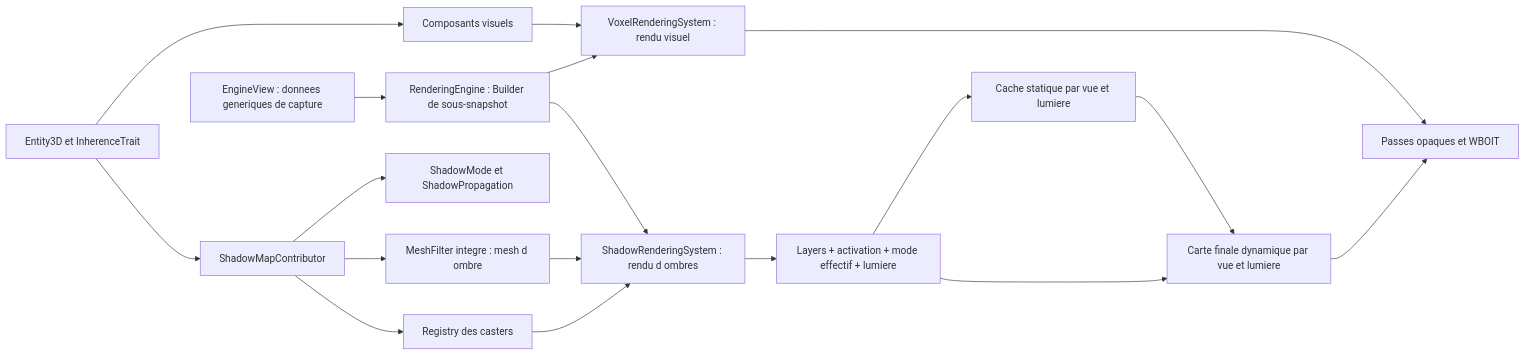
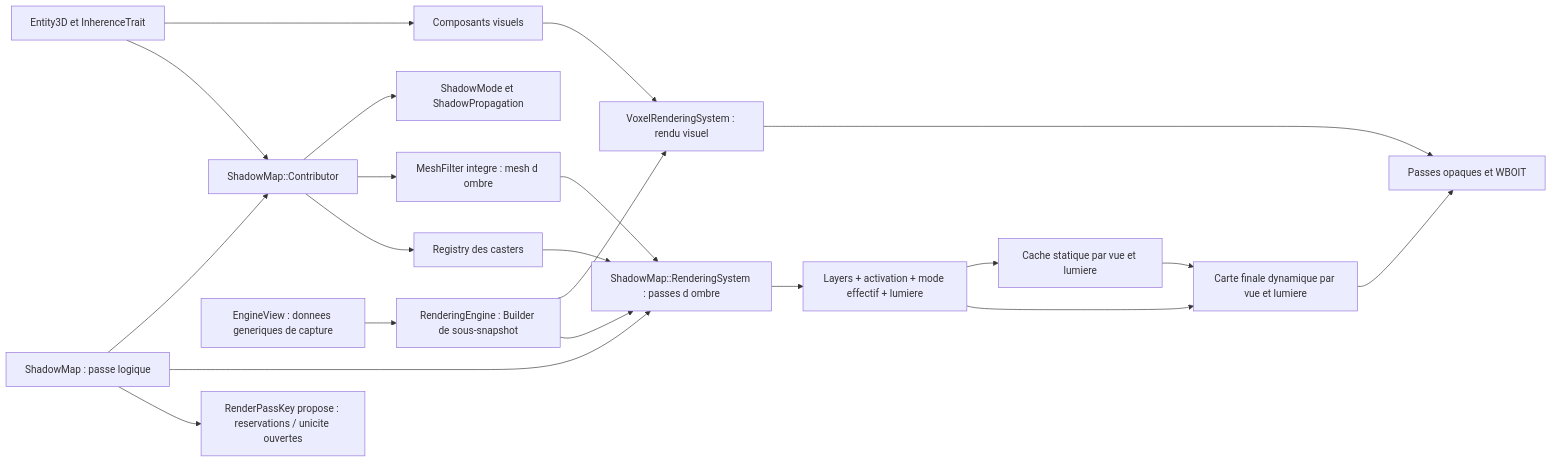
Before and after one commit to EreliaStudio/Sparkle: the sixth of 14 diagrams in docs/voxel-engine-v0.1.4-specification.md, drawn with Mermaid. The commit also changed other lines of this file, not shown here.

Commit message:
docs(v0.1.4): organize autonomous shadow passes as ShadowMap with nested Contributor and RenderingSystem

````diff
--- a/docs/voxel-engine-v0.1.4-specification.md
+++ b/docs/voxel-engine-v0.1.4-specification.md
@@ -596,20 +603,23 @@
 ```mermaid
 flowchart LR
   Entity["Entity3D et InherenceTrait"] --> Visual["Composants visuels"]
-  Entity --> ShadowComp["ShadowMapContributor"]
+  Entity --> ShadowComp["ShadowMap::Contributor"]
+  M["ShadowMap : passe logique"] --> ShadowComp
+  M --> SR
+  M --> PassKey["RenderPassKey propose : reservations / unicite ouvertes"]
   ShadowComp --> ShadowMode["ShadowMode et ShadowPropagation"]
   ShadowComp --> Filter["MeshFilter integre : mesh d ombre"]
   Visual --> VR["VoxelRenderingSystem : rendu visuel"]
   VR --> Scene["Passes opaques et WBOIT"]
   ShadowComp --> Registry["Registry des casters"]
-  Registry --> SR["ShadowRenderingSystem : rendu d ombres"]
+  Registry --> SR["ShadowMap::RenderingSystem : passes d ombre"]
   SR --> Checks["Layers + activation + mode effectif + lumiere"]
   Filter --> SR
   Checks --> SM["Cache statique par vue et lumiere"]
   Checks --> FM["Carte finale dynamique par vue et lumiere"]
   SM --> FM
   FM --> Scene
   View["EngineView : donnees generiques de capture"] --> Builder["RenderingEngine : Builder de sous-snapshot"]
   Builder --> VR
   Builder --> SR
 ```
````
